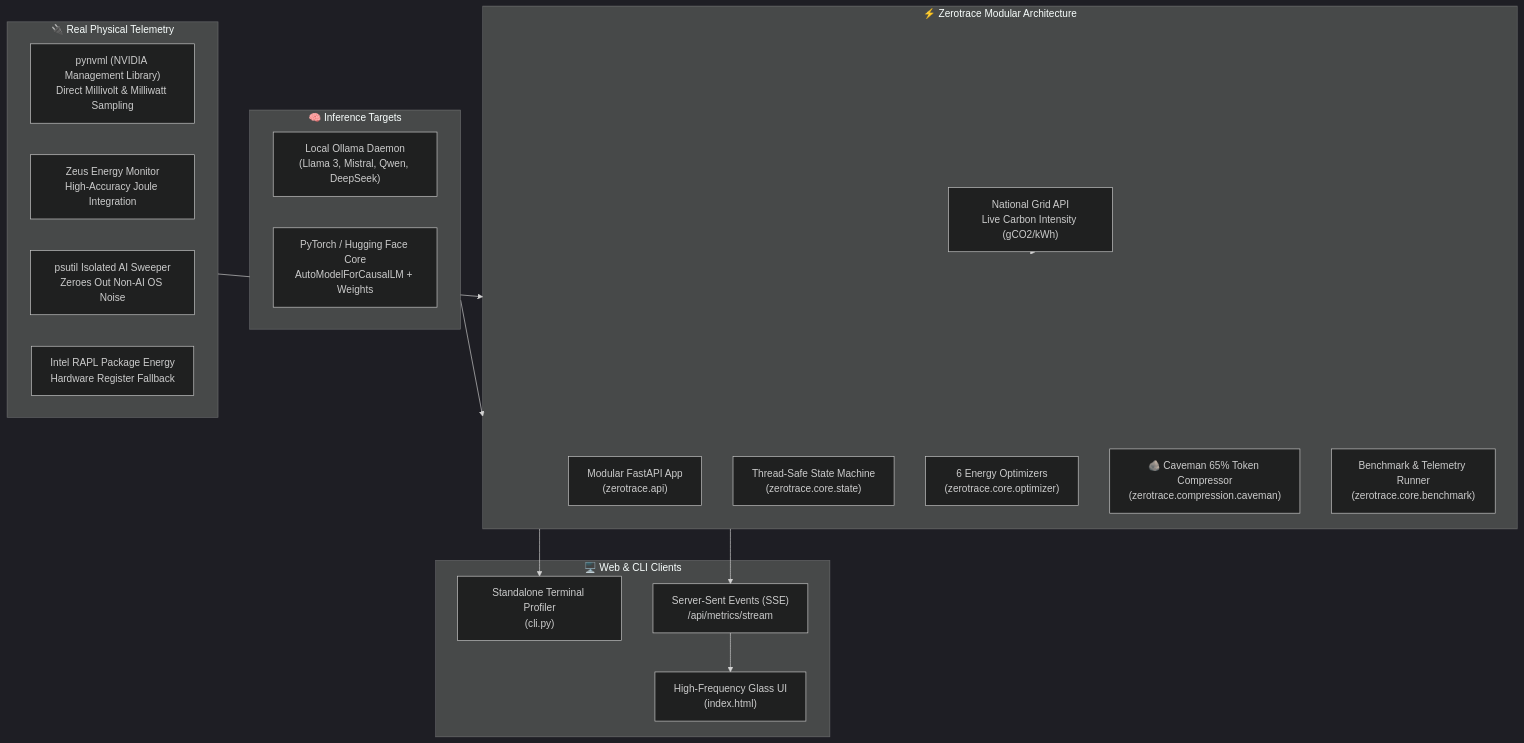
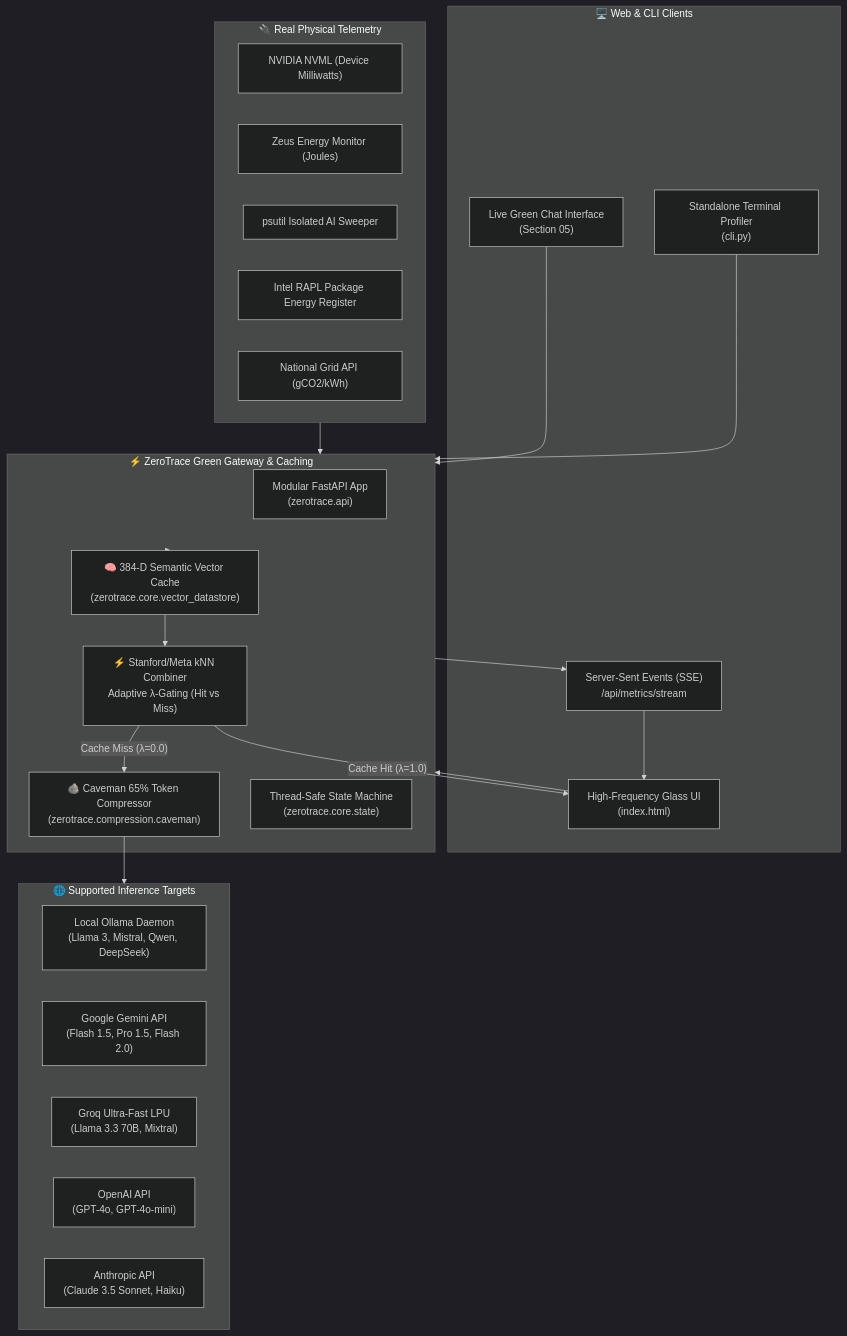
Before and after one commit to Madhukumar511/ZEROTRACE-AI: the diagram in README.md, drawn with Mermaid (dark theme). The commit also changed other lines of this file and 11 other files, not shown here.

Commit message:
feat: add 1-click laptop launchers, multi-model green chat gateway, and updated docs

````diff
--- a/README.md
+++ b/README.md
@@ -20,35 +24,42 @@
 ```mermaid
 flowchart TD
     subgraph Client ["🖥️ Web & CLI Clients"]
         UI["High-Frequency Glass UI<br/>(index.html)"]
+        Chat["Live Green Chat Interface<br/>(Section 05)"]
         CLI["Standalone Terminal Profiler<br/>(cli.py)"]
         Stream["Server-Sent Events (SSE)<br/>/api/metrics/stream"]
     end
 
-    subgraph CoreEngine ["⚡ Zerotrace Modular Architecture"]
+    subgraph Gateway ["⚡ ZeroTrace Green Gateway & Caching"]
         FastAPI["Modular FastAPI App<br/>(zerotrace.api)"]
+        VectorCache["🧠 384-D Semantic Vector Cache<br/>(zerotrace.core.vector_datastore)"]
+        KNNGate["⚡ Stanford/Meta kNN Combiner<br/>Adaptive λ-Gating (Hit vs Miss)"]
+        Caveman["🪨 Caveman 65% Token Compressor<br/>(zerotrace.compression.caveman)"]
         State["Thread-Safe State Machine<br/>(zerotrace.core.state)"]
-        Optimizer["6 Energy Optimizers<br/>(zerotrace.core.optimizer)"]
-        Caveman["🪨 Caveman 65% Token Compressor<br/>(zerotrace.compression.caveman)"]
-        GridAPI["National Grid API<br/>Live Carbon Intensity (gCO2/kWh)"]
-        Bench["Benchmark & Telemetry Runner<br/>(zerotrace.core.benchmark)"]
     end
 
-    subgraph HardwareSensors ["🔌 Real Physical Telemetry"]
-        NVML["pynvml (NVIDIA Management Library)<br/>Direct Millivolt & Milliwatt Sampling"]
-        Zeus["Zeus Energy Monitor<br/>High-Accuracy Joule Integration"]
-        CPUProc["psutil Isolated AI Sweeper<br/>Zeroes Out Non-AI OS Noise"]
-        RAPL["Intel RAPL Package Energy<br/>Hardware Register Fallback"]
+    subgraph Backends ["🌐 Supported Inference Targets"]
+        Ollama["Local Ollama Daemon<br/>(Llama 3, Mistral, Qwen, DeepSeek)"]
+        Gemini["Google Gemini API<br/>(Flash 1.5, Pro 1.5, Flash 2.0)"]
+        Groq["Groq Ultra-Fast LPU<br/>(Llama 3.3 70B, Mixtral)"]
+        OpenAI["OpenAI API<br/>(GPT-4o, GPT-4o-mini)"]
+        Claude["Anthropic API<br/>(Claude 3.5 Sonnet, Haiku)"]
     end
 
-    subgraph InferenceEngines ["🧠 Inference Targets"]
-        Ollama["Local Ollama Daemon<br/>(Llama 3, Mistral, Qwen, DeepSeek)"]
-        PyTorch["PyTorch / Hugging Face Core<br/>AutoModelForCausalLM + Weights"]
+    subgraph Telemetry ["🔌 Real Physical Telemetry"]
+        NVML["NVIDIA NVML (Device Milliwatts)"]
+        Zeus["Zeus Energy Monitor (Joules)"]
+        CPUProc["psutil Isolated AI Sweeper"]
+        RAPL["Intel RAPL Package Energy Register"]
+        GridAPI["National Grid API (gCO2/kWh)"]
     end
 
-    HardwareSensors --> CoreEngine
-    InferenceEngines --> CoreEngine
-    GridAPI --> CoreEngine
-    CoreEngine --> Stream --> UI
-    CoreEngine --> CLI
+    UI --> Gateway
+    Chat --> Gateway
+    CLI --> Gateway
+    Gateway --> VectorCache --> KNNGate
+    KNNGate -- "Cache Hit (λ=1.0)" --> UI
+    KNNGate -- "Cache Miss (λ=0.0)" --> Caveman --> Backends
+    Telemetry --> Gateway
+    Gateway --> Stream --> UI
 ```
````
